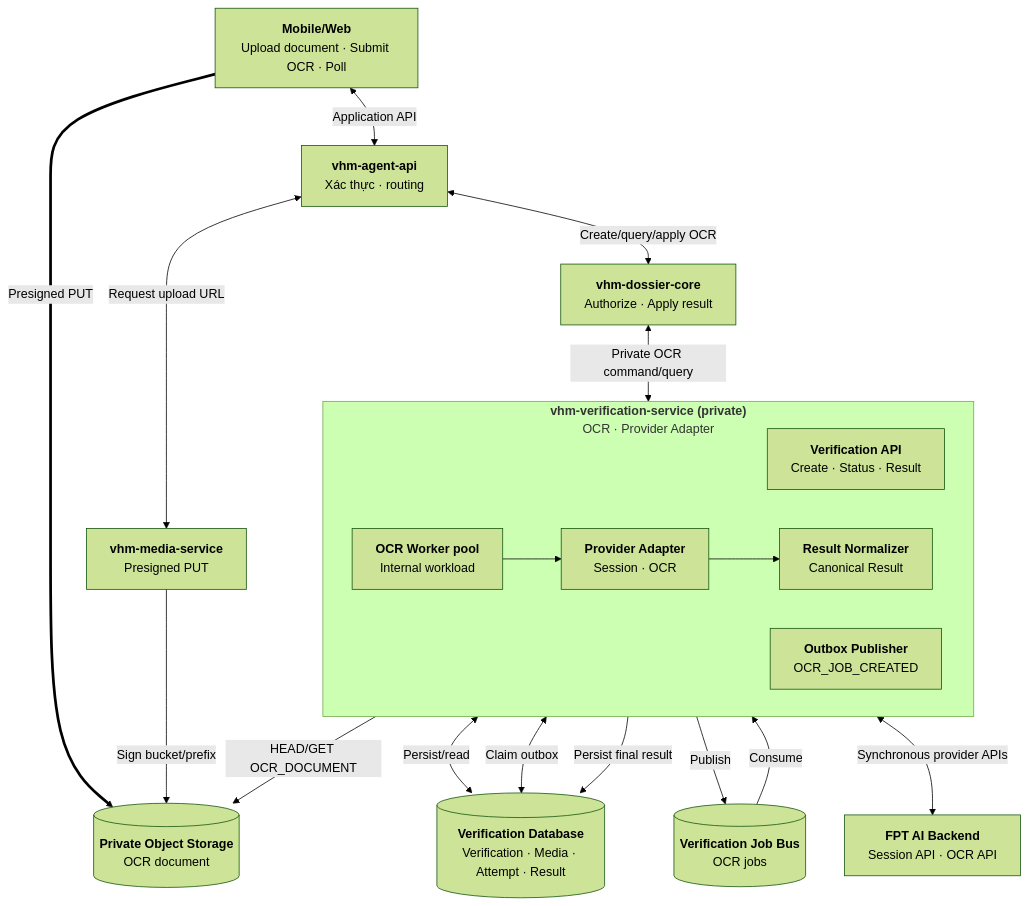
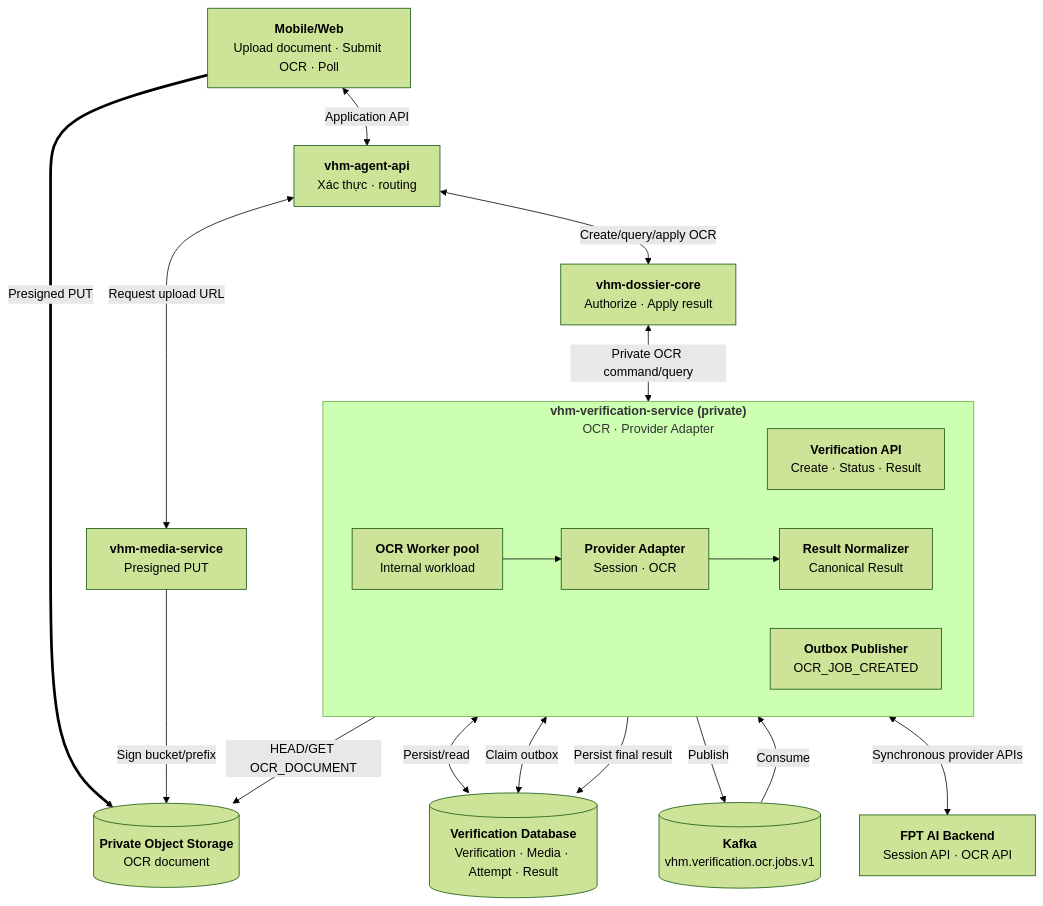
One commit to huynv-xyz/vhm changed the second of 8 diagrams in noxh-ekyc.md. Above: the diagram before and after it, drawn with Mermaid (forest theme). The commit also changed other lines of this file, not shown here.

````diff
--- a/noxh-ekyc.md
+++ b/noxh-ekyc.md
@@ -125,51 +174,51 @@
 ```mermaid
 flowchart TB
     CLIENT["`**Mobile/Web**
 Upload document · Submit OCR · Poll`"]
     BFF["`**vhm-agent-api**
 Xác thực · routing`"]
     DOMAIN["`**vhm-dossier-core**
 Authorize · Apply result`"]
     MEDIA_API["`**vhm-media-service**
 Presigned PUT`"]
     STORAGE[("`**Private Object Storage**
 OCR document`")]
 
     subgraph VERIFY["`**vhm-verification-service (private)**
 OCR · Provider Adapter`"]
         direction LR
         API["`**Verification API**
 Create · Status · Result`"]
         OUTBOX["`**Outbox Publisher**
 OCR_JOB_CREATED`"]
         WORKER["`**OCR Worker pool**
 Internal workload`"]
         ADAPTER["`**Provider Adapter**
 Session · OCR`"]
         NORMALIZE["`**Result Normalizer**
 Canonical Result`"]
 
         WORKER --> ADAPTER --> NORMALIZE
     end
 
-    BUS[("`**Verification Job Bus**
-OCR jobs`")]
+    KAFKA[("`**Kafka**
+vhm.verification.ocr.jobs.v1`")]
     FPT["`**FPT AI Backend**
 Session API · OCR API`"]
     DB[("`**Verification Database**
 Verification · Media · Attempt · Result`")]
 
     CLIENT <-->|"Application API"| BFF
     BFF <-->|"Request upload URL"| MEDIA_API
     CLIENT ==>|"Presigned PUT"| STORAGE
     MEDIA_API -->|"Sign bucket/prefix"| STORAGE
     BFF <-->|"Create/query/apply OCR"| DOMAIN
     DOMAIN <-->|"Private OCR command/query"| API
     API <-->|"Persist/read"| DB
     OUTBOX <-->|"Claim outbox"| DB
-    OUTBOX -->|"Publish"| BUS
-    BUS -->|"Consume"| WORKER
+    OUTBOX -->|"Publish"| KAFKA
+    KAFKA -->|"Consume"| WORKER
     WORKER -->|"HEAD/GET OCR_DOCUMENT"| STORAGE
     ADAPTER <-->|"Synchronous provider APIs"| FPT
     NORMALIZE -->|"Persist final result"| DB
 ```
````
